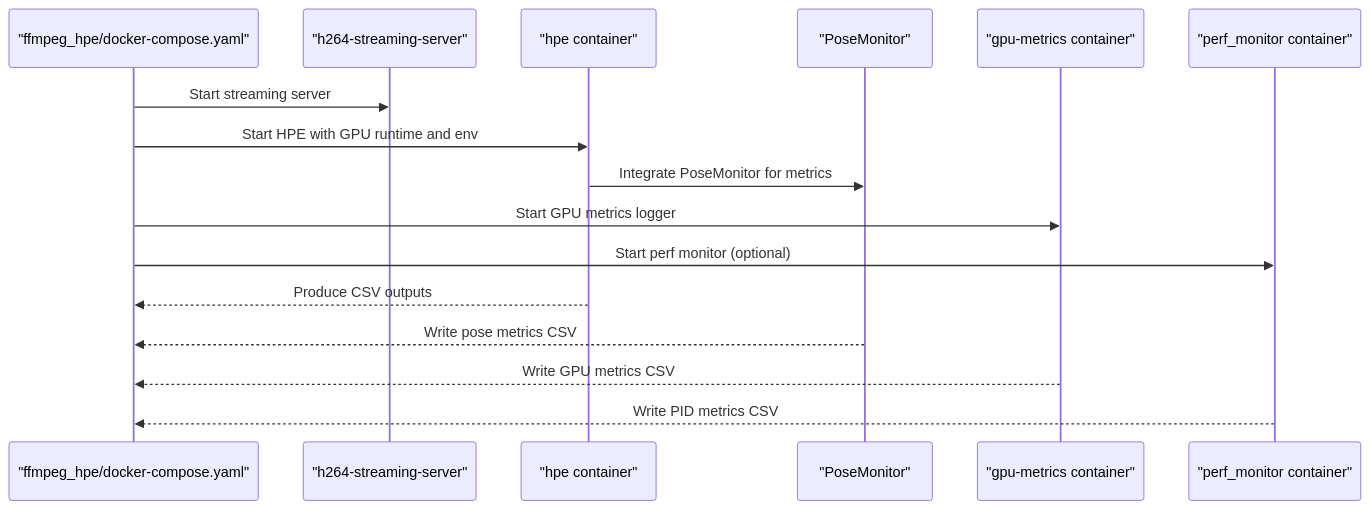
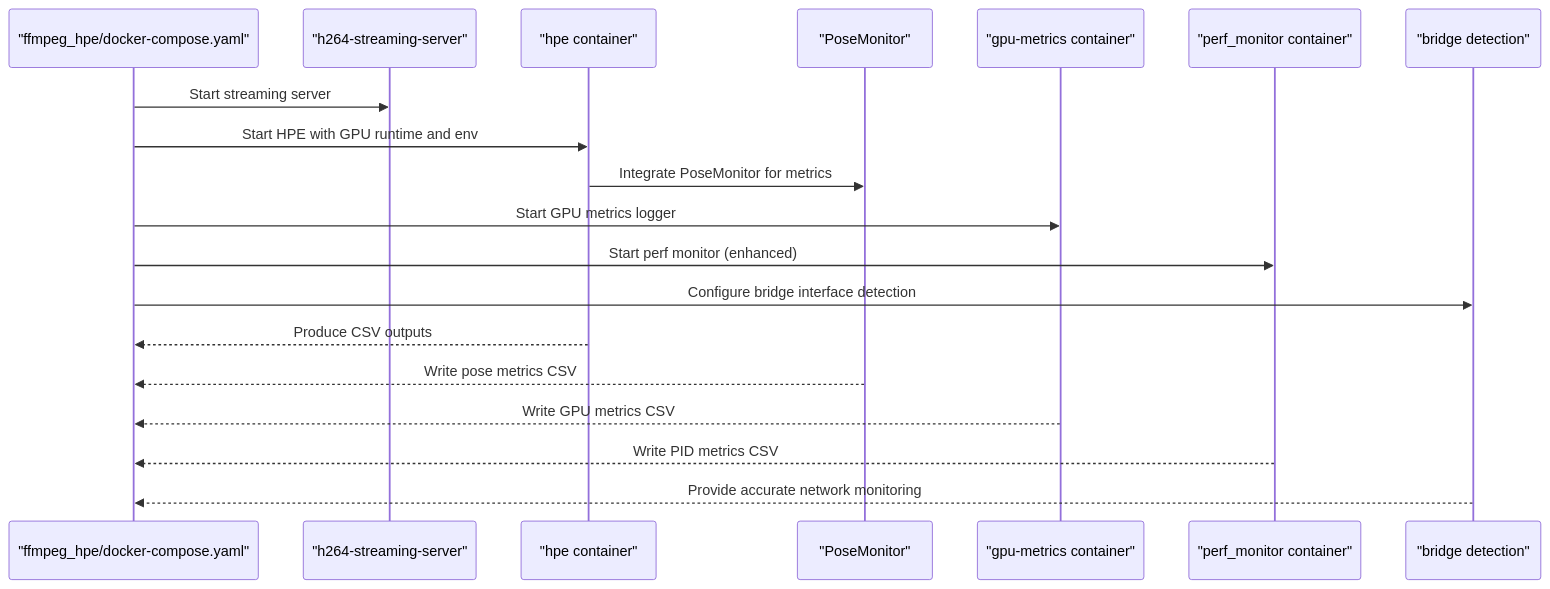
The eighth of 12 diagrams in .qoder/repowiki/en/content/Monitoring and Analytics/Monitoring and Analytics.md (Fogus-Gr/MeasurementsDTs), drawn with Mermaid before and after one commit. The commit also changed other lines of this file and 11 other files, not shown here.

````diff
--- a/.qoder/repowiki/en/content/Monitoring and Analytics/Monitoring and Analytics.md
+++ b/.qoder/repowiki/en/content/Monitoring and Analytics/Monitoring and Analytics.md
@@ -395,18 +445,21 @@
 ```mermaid
 sequenceDiagram
 participant DC as "ffmpeg_hpe/docker-compose.yaml"
 participant HS as "h264-streaming-server"
 participant HPE as "hpe container"
 participant PM as "PoseMonitor"
 participant GM as "gpu-metrics container"
 participant TR as "perf_monitor container"
+participant BR as "bridge detection"
 DC->>HS : Start streaming server
 DC->>HPE : Start HPE with GPU runtime and env
 HPE->>PM : Integrate PoseMonitor for metrics
 DC->>GM : Start GPU metrics logger
-DC->>TR : Start perf monitor (optional)
+DC->>TR : Start perf monitor (enhanced)
+DC->>BR : Configure bridge interface detection
 HPE-->>DC : Produce CSV outputs
 PM-->>DC : Write pose metrics CSV
 GM-->>DC : Write GPU metrics CSV
 TR-->>DC : Write PID metrics CSV
+BR-->>DC : Provide accurate network monitoring
 ```
````
